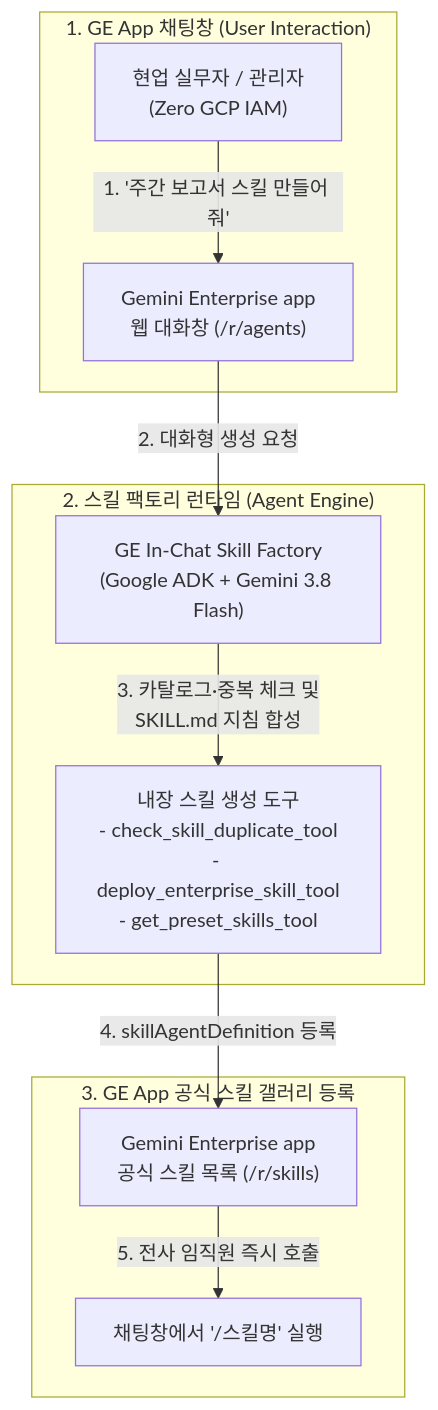
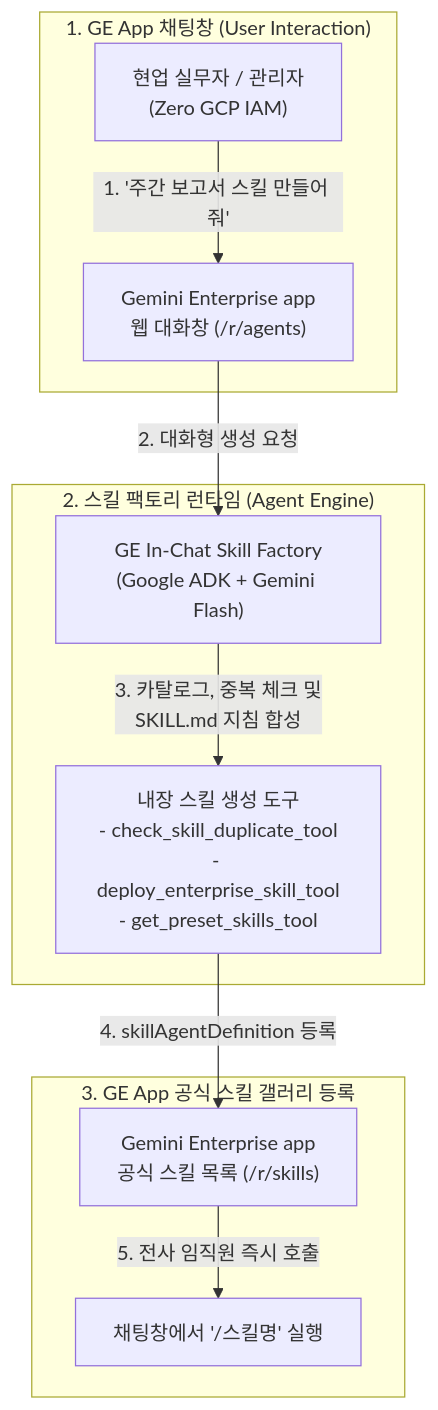
The diagram in samples/gemini-enterprise-factory-skill/README.md (jiangjun-forge/google-cloud-0-to-1), drawn with Mermaid before and after one commit. The commit also changed other lines of this file and 229 other files, not shown here.

````diff
--- a/samples/gemini-enterprise-factory-skill/README.md
+++ b/samples/gemini-enterprise-factory-skill/README.md
@@ -87,16 +87,16 @@
 ```mermaid
 flowchart TB
     subgraph UserLayer["1. GE App 채팅창 (User Interaction)"]
         User["현업 실무자 / 관리자<br/>(Zero GCP IAM)"] -->|"1. '주간 보고서 스킬 만들어 줘'"| GEChat["Gemini Enterprise app<br/>웹 대화창 (/r/agents)"]
     end
 
     subgraph RuntimeLayer["2. 스킬 팩토리 런타임 (Agent Engine)"]
-        GEChat -->|"2. 대화형 생성 요청"| Engine["GE In-Chat Skill Factory<br/>(Google ADK + Gemini 3.8 Flash)"]
-        Engine -->|"3. 카탈로그·중복 체크 및<br/>SKILL.md 지침 합성"| Tools["내장 스킬 생성 도구<br/>- check_skill_duplicate_tool<br/>- deploy_enterprise_skill_tool<br/>- get_preset_skills_tool"]
+        GEChat -->|"2. 대화형 생성 요청"| Engine["GE In-Chat Skill Factory<br/>(Google ADK + Gemini Flash)"]
+        Engine -->|"3. 카탈로그, 중복 체크 및<br/>SKILL.md 지침 합성"| Tools["내장 스킬 생성 도구<br/>- check_skill_duplicate_tool<br/>- deploy_enterprise_skill_tool<br/>- get_preset_skills_tool"]
     end
 
     subgraph GEOutput["3. GE App 공식 스킬 갤러리 등록"]
         Tools -->|"4. skillAgentDefinition 등록"| SkillsTab["Gemini Enterprise app<br/>공식 스킬 목록 (/r/skills)"]
         SkillsTab -->|"5. 전사 임직원 즉시 호출"| Usage["채팅창에서 '/스킬명' 실행"]
     end
 ```
````
